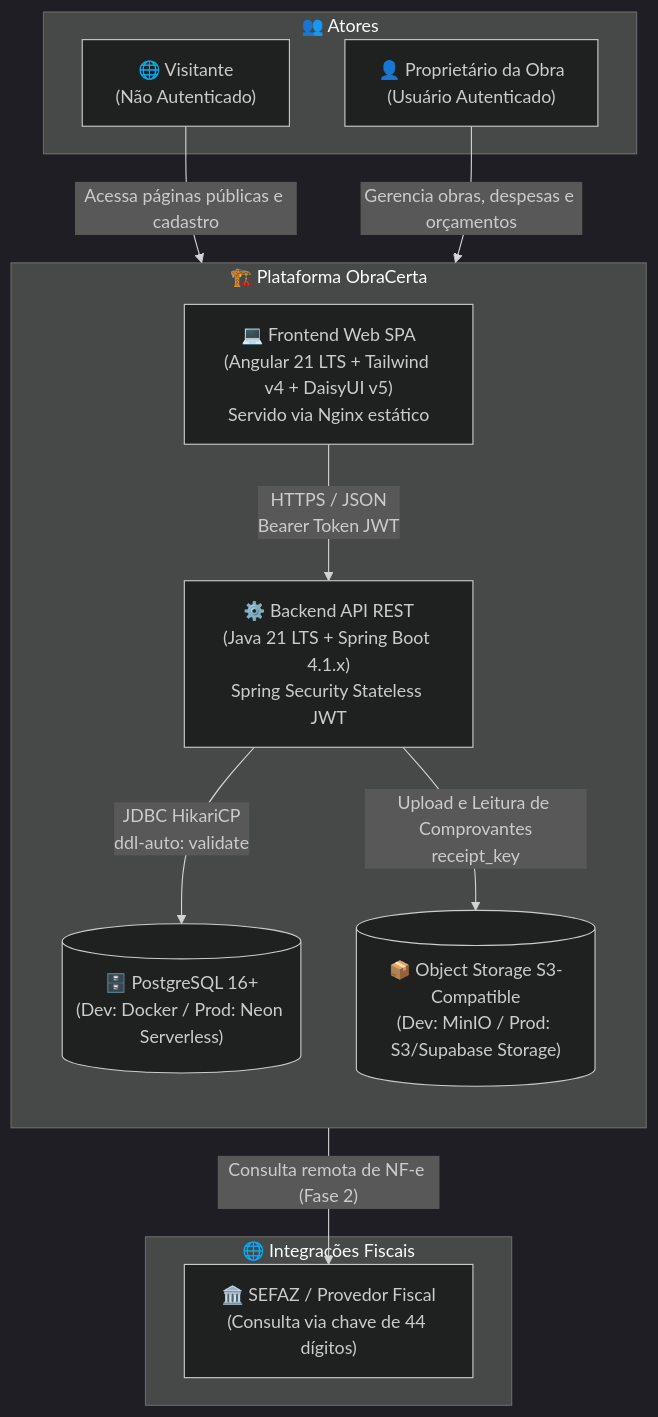
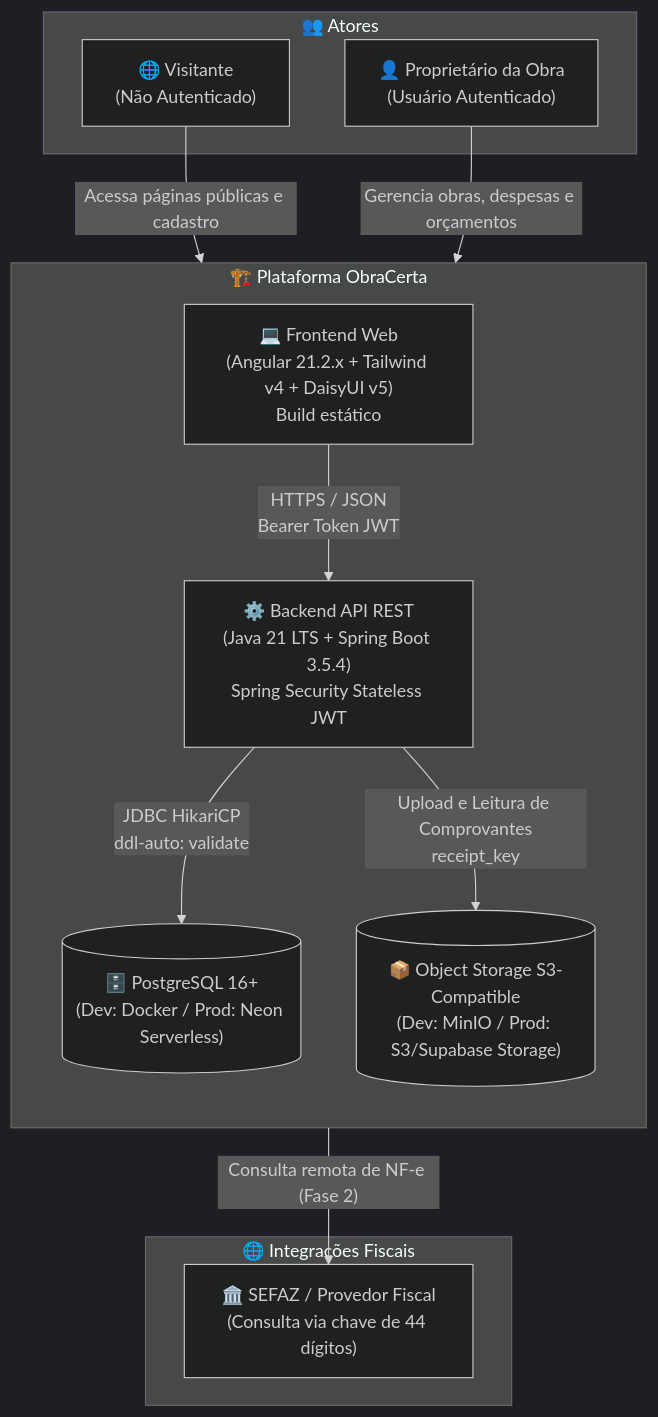
Before and after one commit to utfpr-gp/obra-certa: the first of 3 diagrams in docs/architecture.md, drawn with Mermaid (dark theme). The commit also changed other lines of this file and 2 other files, not shown here.

````diff
--- a/docs/architecture.md
+++ b/docs/architecture.md
@@ -96,27 +96,27 @@
 ```mermaid
 flowchart TD
     subgraph Atores["👥 Atores"]
         User["👤 Proprietário da Obra<br/>(Usuário Autenticado)"]
         Visitor["🌐 Visitante<br/>(Não Autenticado)"]
     end
 
     subgraph PlataformaObraCerta["🏗️ Plataforma ObraCerta"]
         direction TB
-        Frontend["💻 Frontend Web SPA<br/>(Angular 21 LTS + Tailwind v4 + DaisyUI v5)<br/>Servido via Nginx estático"]
-        Backend["⚙️ Backend API REST<br/>(Java 21 LTS + Spring Boot 4.1.x)<br/>Spring Security Stateless JWT"]
+        Frontend["💻 Frontend Web<br/>(Angular 21.2.x + Tailwind v4 + DaisyUI v5)<br/>Build estático"]
+        Backend["⚙️ Backend API REST<br/>(Java 21 LTS + Spring Boot 3.5.4)<br/>Spring Security Stateless JWT"]
         Database[("🗄️ PostgreSQL 16+<br/>(Dev: Docker / Prod: Neon Serverless)")]
         Storage[("📦 Object Storage S3-Compatible<br/>(Dev: MinIO / Prod: S3/Supabase Storage)")]
 
         Frontend -->|"HTTPS / JSON<br/>Bearer Token JWT"| Backend
         Backend -->|"JDBC HikariCP<br/>ddl-auto: validate"| Database
         Backend -->|"Upload e Leitura de Comprovantes<br/>receipt_key"| Storage
     end
 
     subgraph ServicosExternos["🌐 Integrações Fiscais"]
         SEFAZ["🏛️ SEFAZ / Provedor Fiscal<br/>(Consulta via chave de 44 dígitos)"]
     end
 
     Visitor -->|"Acessa páginas públicas e cadastro"| Frontend
     User -->|"Gerencia obras, despesas e orçamentos"| Frontend
     Backend -->|"Consulta remota de NF-e (Fase 2)"| SEFAZ
 ```
````
